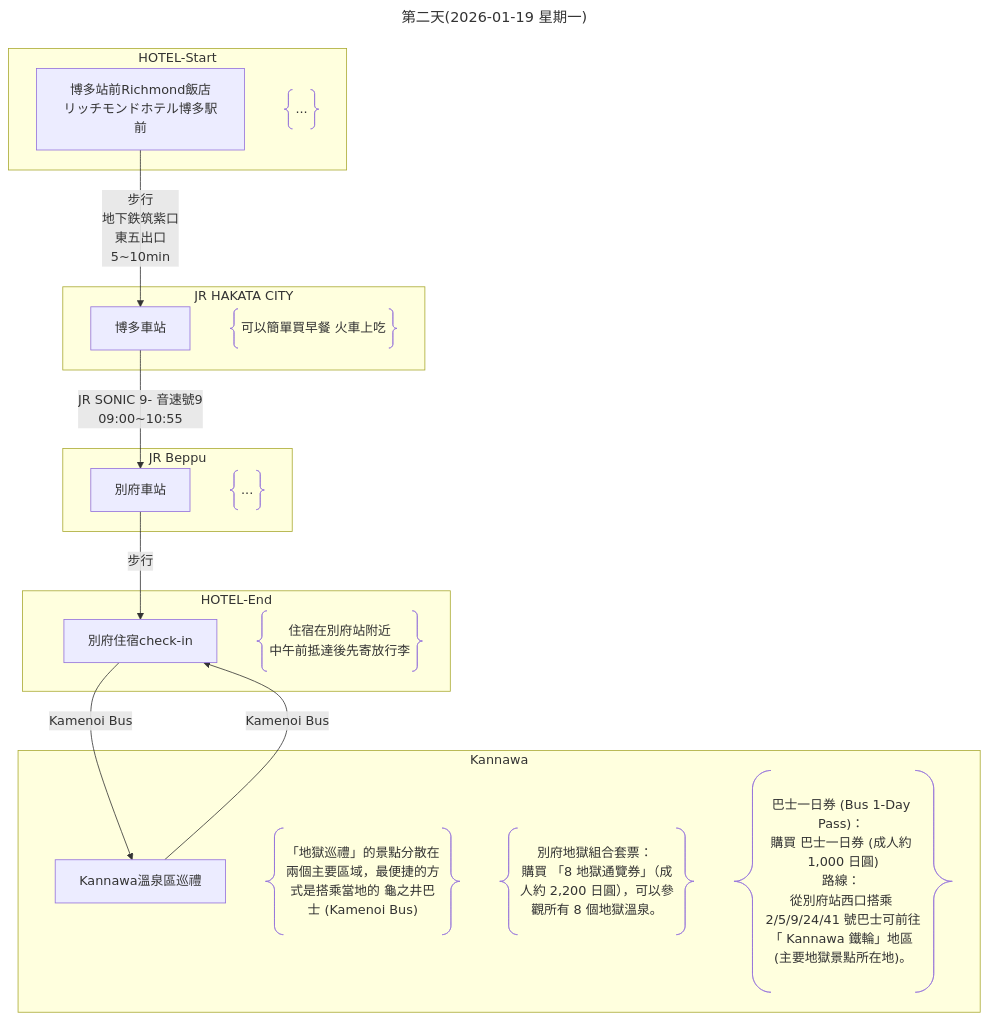
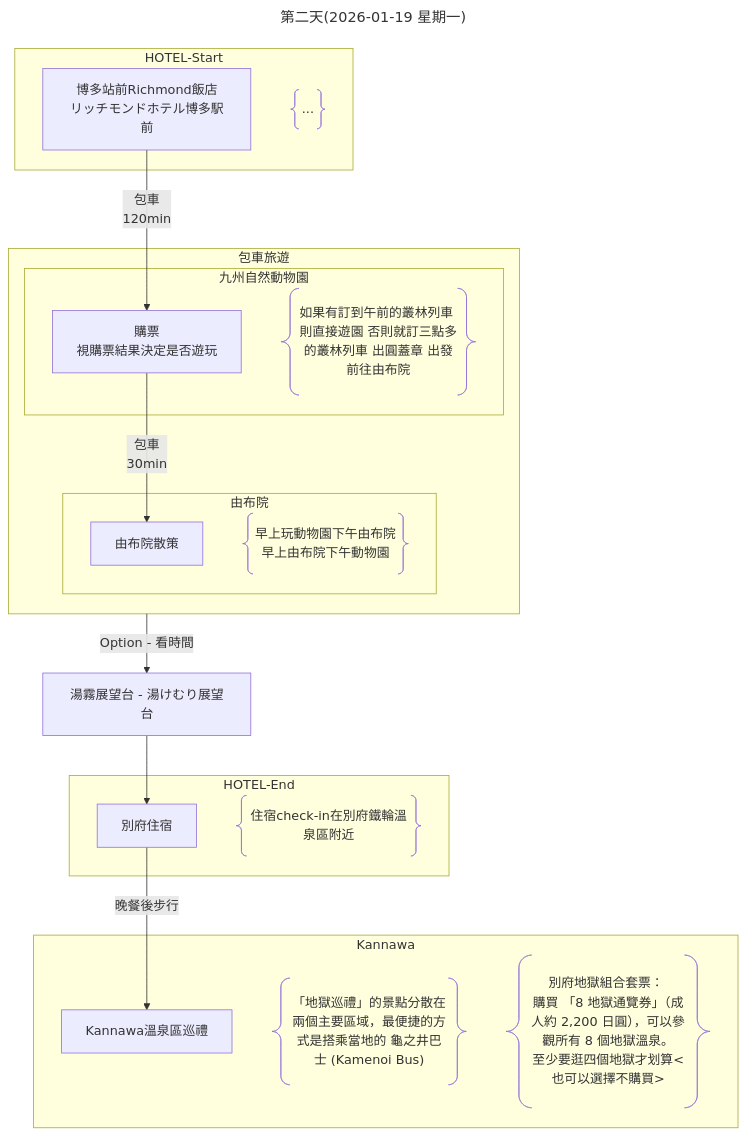
One commit to Shuming-Yang/2026-January-Trip changed the second of 6 diagrams in 行程規劃A.md. Above: the diagram before and after it, drawn with Mermaid. The commit also changed other lines of this file, not shown here.

````diff
--- a/行程規劃A.md
+++ b/行程規劃A.md
@@ -79,33 +79,35 @@
 ```mermaid
 ---
 title: 第二天(2026-01-19 星期一)
 ---
 flowchart
     subgraph HOTEL-Start
         A[博多站前Richmond飯店<br>リッチモンドホテル博多駅前]
         A1@{ shape: braces, label: "..." }
     end
-    subgraph JR HAKATA CITY
-        B[博多車站]
-        B1@{ shape: braces, label: "可以簡單買早餐 火車上吃" }
+    subgraph 包車旅遊
+        subgraph 九州自然動物園
+            B[購票<br>視購票結果決定是否遊玩]
+            B1@{ shape: braces, label: "如果有訂到午前的叢林列車 則直接遊園 否則就訂三點多的叢林列車 出圓蓋章 出發前往由布院" }
+        end
+        subgraph 由布院
+            C[由布院散策]
+            C1@{ shape: braces, label: "早上玩動物園下午由布院<br>早上由布院下午動物園" }
+        end
     end
-    subgraph JR Beppu
-        C[別府車站]
-        C1@{ shape: braces, label: "..." }
-    end
+    F[湯霧展望台 - 湯けむり展望台]
     subgraph HOTEL-End
-        D[別府住宿check-in]
-        D1@{ shape: braces, label: "住宿在別府站附近<br>中午前抵達後先寄放行李" }
+        D[別府住宿]
+        D1@{ shape: braces, label: "住宿check-in在別府鐵輪溫泉區附近" }
     end
     subgraph Kannawa
         E[Kannawa溫泉區巡禮]
         E1@{ shape: braces, label: "「地獄巡禮」的景點分散在兩個主要區域，最便捷的方式是搭乘當地的 龜之井巴士 (Kamenoi Bus)"}
-        E2@{ shape: braces, label: "別府地獄組合套票： <br>購買 「8 地獄通覽券」（成人約 2,200 日圓），可以參觀所有 8 個地獄溫泉。"}
-        E3@{ shape: braces, label: "巴士一日券 (Bus 1-Day Pass)： <br>購買 巴士一日券 (成人約 1,000 日圓)<br>路線： <br>從別府站西口搭乘 2/5/9/24/41 號巴士可前往「 Kannawa 鐵輪」地區 (主要地獄景點所在地)。"}
+        E2@{ shape: braces, label: "別府地獄組合套票： <br>購買 「8 地獄通覽券」（成人約 2,200 日圓），可以參觀所有 8 個地獄溫泉。<br>至少要逛四個地獄才划算<也可以選擇不購買>"}
     end
-    A --> |步行<br>地下鉄筑紫口<br>東五出口<br>5~10min| B
-    B --> |JR SONIC 9- 音速號9<br>09:00~10:55| C
-    C --> |步行| D
-    D --> |Kamenoi Bus| E
-    E --> |Kamenoi Bus| D
+    A --> |包車<br>120min| B
+    B --> |包車<br>30min| C
+    包車旅遊 --> | Option - 看時間 | F
+    F --> D
+    D --> |晚餐後步行| E
 ```
````
